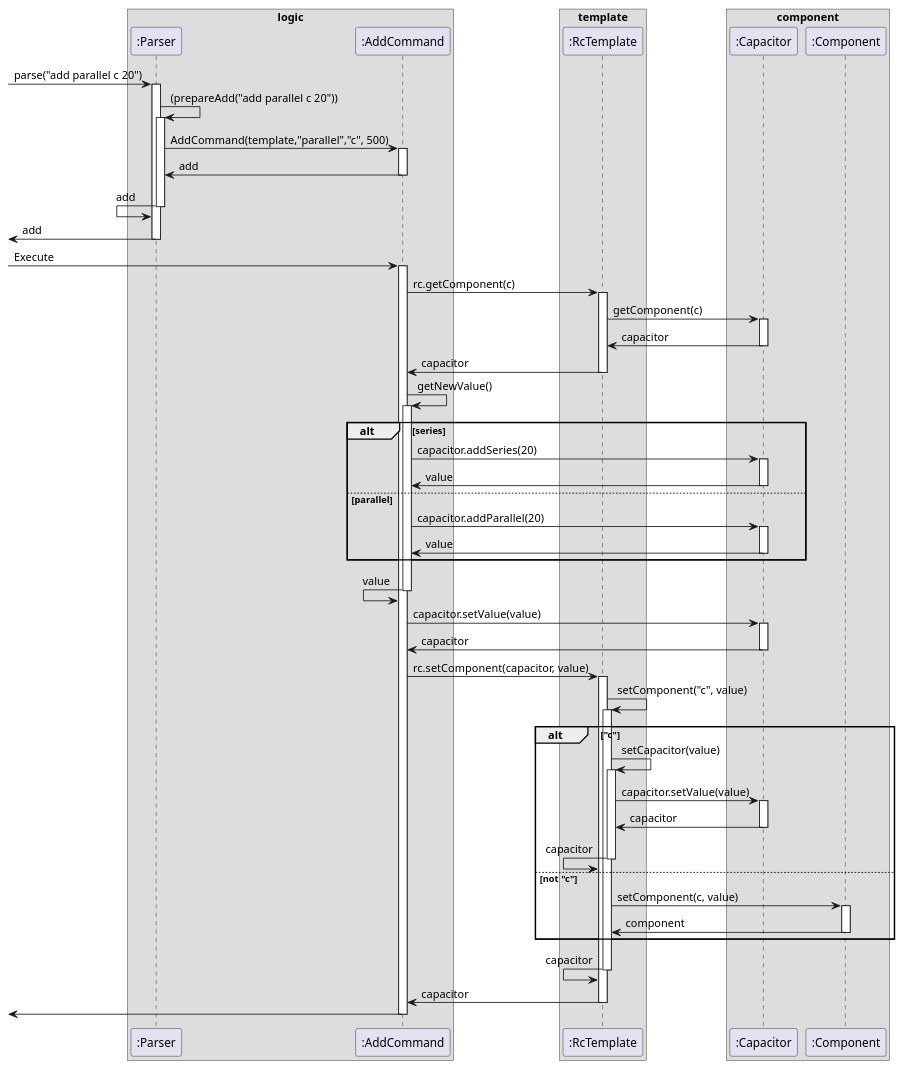
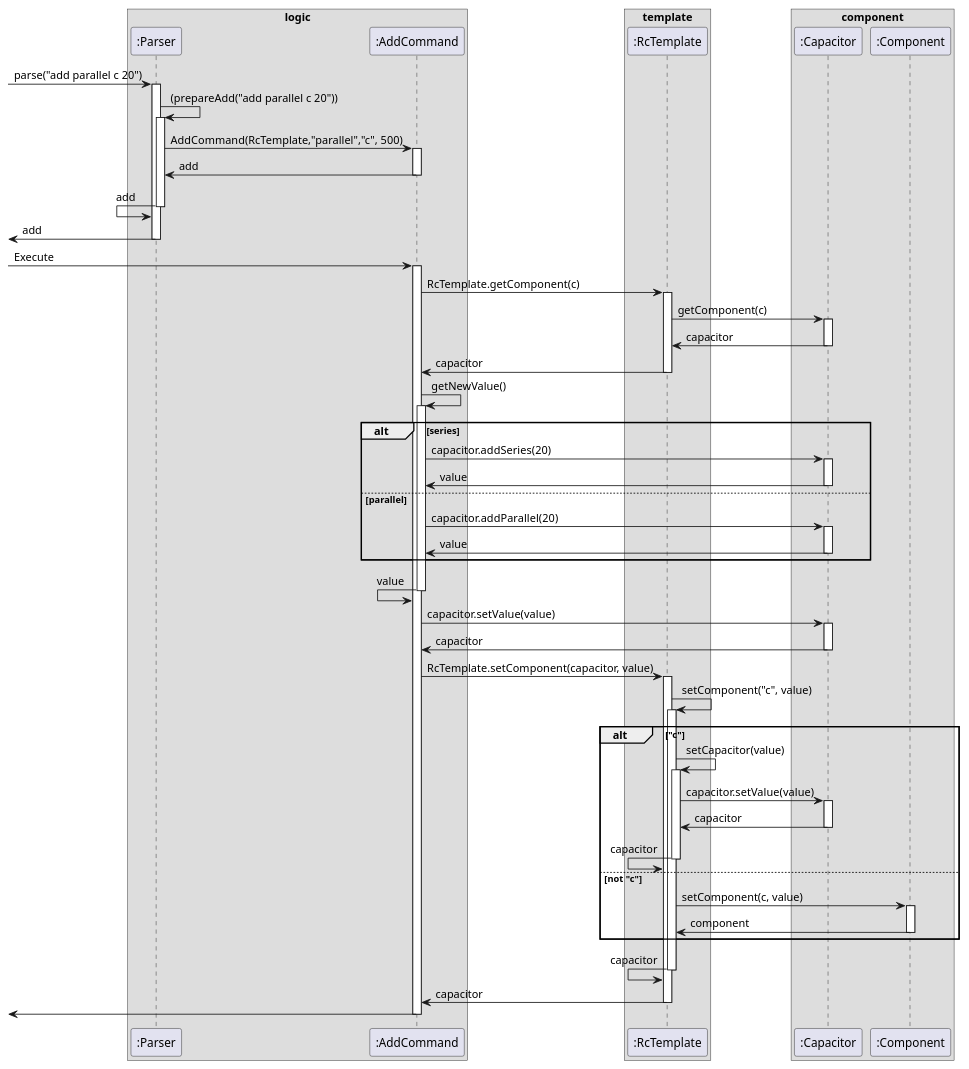
The diagram in docs/diagrams/AddSequenceDiagram.puml (sevenseasofbri/tp), drawn with PlantUML before and after one commit. The commit also changed 8 other files, not shown here.

```diff
--- a/docs/diagrams/AddSequenceDiagram.puml
+++ b/docs/diagrams/AddSequenceDiagram.puml
@@ -1,117 +1,117 @@
 @startuml
 
 box logic
 participant ":Parser" as Parser
 participant ":AddCommand" as AddCommand
 end box
 
 box template
 participant ":RcTemplate" as RcTemplate
 end box
 
 box component
 participant ":Capacitor" as Capacitor
 participant ":Component" as Component
 end box
 
 [-> Parser : parse("add parallel c 20")
 activate Parser
 
 Parser -> Parser : (prepareAdd("add parallel c 20"))
 activate Parser
 
-Parser -> AddCommand : AddCommand(template,"parallel","c", 500)
+Parser -> AddCommand : AddCommand(RcTemplate,"parallel","c", 500)
 activate AddCommand
 
 Parser <- AddCommand : add
 deactivate AddCommand
 
 Parser <- Parser : add
 deactivate Parser
 
 [<- Parser : add
 deactivate Parser
 
 [-> AddCommand: Execute
 activate AddCommand
 
-AddCommand -> RcTemplate : rc.getComponent(c)
+AddCommand -> RcTemplate : RcTemplate.getComponent(c)
 activate RcTemplate
 
 RcTemplate -> Capacitor : getComponent(c)
 activate Capacitor
 
 RcTemplate <- Capacitor : capacitor
 deactivate Capacitor
 
 AddCommand <- RcTemplate : capacitor
 deactivate RcTemplate
 
 AddCommand -> AddCommand : getNewValue()
 activate AddCommand
 
 alt series
 AddCommand -> Capacitor : capacitor.addSeries(20)
 activate Capacitor
 
 AddCommand <- Capacitor : value
 deactivate Capacitor
 
 else parallel
 AddCommand -> Capacitor : capacitor.addParallel(20)
 activate Capacitor
 
 AddCommand <- Capacitor : value
 deactivate Capacitor
 end
 
 AddCommand <- AddCommand : value
 deactivate AddCommand
 
 AddCommand -> Capacitor : capacitor.setValue(value)
 activate Capacitor
 
 AddCommand <- Capacitor : capacitor
 deactivate Capacitor
 
-AddCommand -> RcTemplate: rc.setComponent(capacitor, value)
+AddCommand -> RcTemplate: RcTemplate.setComponent(capacitor, value)
 activate RcTemplate
 
 RcTemplate -> RcTemplate: setComponent("c", value)
 activate RcTemplate
 
 alt "c"
 RcTemplate -> RcTemplate: setCapacitor(value)
 activate RcTemplate
 
 RcTemplate -> Capacitor: capacitor.setValue(value)
 activate Capacitor
 
 RcTemplate <- Capacitor: capacitor
 deactivate Capacitor
 
 RcTemplate <- RcTemplate: capacitor
 deactivate RcTemplate
 
 else not "c"
 RcTemplate -> Component: setComponent(c, value)
 activate Component
 
 RcTemplate <- Component: component
 deactivate Component
 end
 
 RcTemplate <- RcTemplate: capacitor
 deactivate RcTemplate
 
 AddCommand <- RcTemplate: capacitor
 deactivate RcTemplate
 
 [<- AddCommand
 deactivate AddCommand
 
 
 
 
 
 @enduml
```
